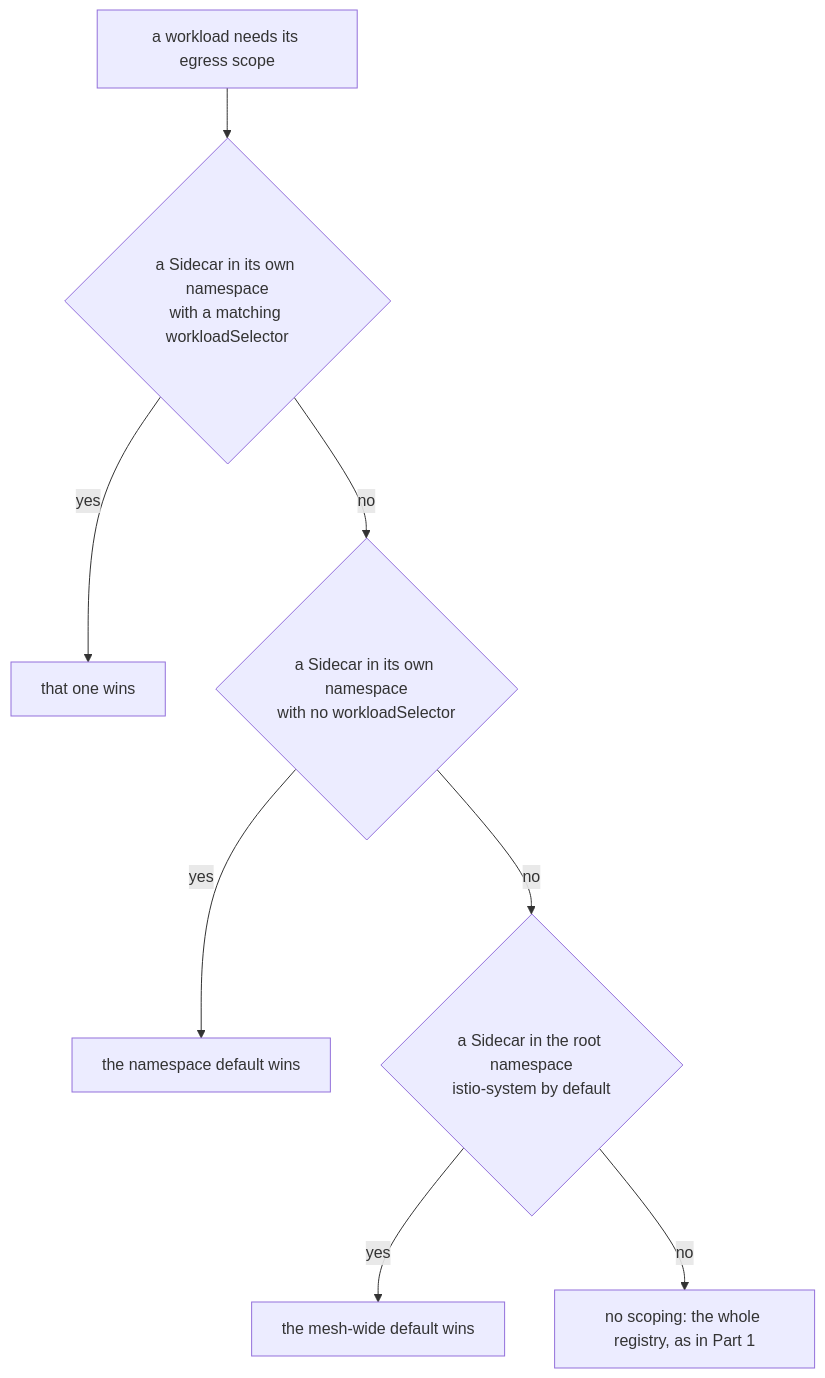
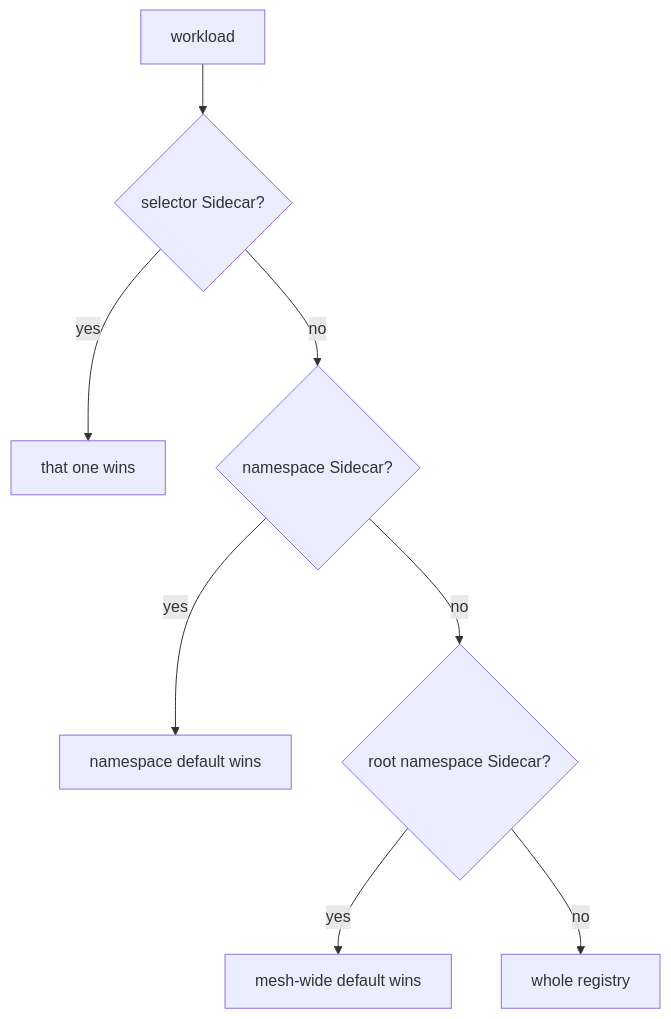
The first of 2 diagrams in sections/section-010/module-02/course-03-precedence-reachability-and-limits.md (astrona-io/ATS014), drawn with Mermaid before and after one commit. The commit also changed other lines of this file and 444 other files, not shown here.

````diff
--- a/sections/section-010/module-02/course-03-precedence-reachability-and-limits.md
+++ b/sections/section-010/module-02/course-03-precedence-reachability-and-limits.md
@@ -11,10 +9,10 @@
 ```mermaid
-flowchart TD
-    W["a workload needs its egress scope"] --> S1{"a Sidecar in its own namespace<br/>with a matching workloadSelector"}
+flowchart TB
+    W["workload"] --> S1{"selector Sidecar?"}
     S1 -->|"yes"| U1["that one wins"]
-    S1 -->|"no"| S2{"a Sidecar in its own namespace<br/>with no workloadSelector"}
-    S2 -->|"yes"| U2["the namespace default wins"]
-    S2 -->|"no"| S3{"a Sidecar in the root namespace<br/>istio-system by default"}
-    S3 -->|"yes"| U3["the mesh-wide default wins"]
-    S3 -->|"no"| U4["no scoping: the whole registry, as in Part 1"]
+    S1 -->|"no"| S2{"namespace Sidecar?"}
+    S2 -->|"yes"| U2["namespace default wins"]
+    S2 -->|"no"| S3{"root namespace Sidecar?"}
+    S3 -->|"yes"| U3["mesh-wide default wins"]
+    S3 -->|"no"| U4["whole registry"]
 ```
````
